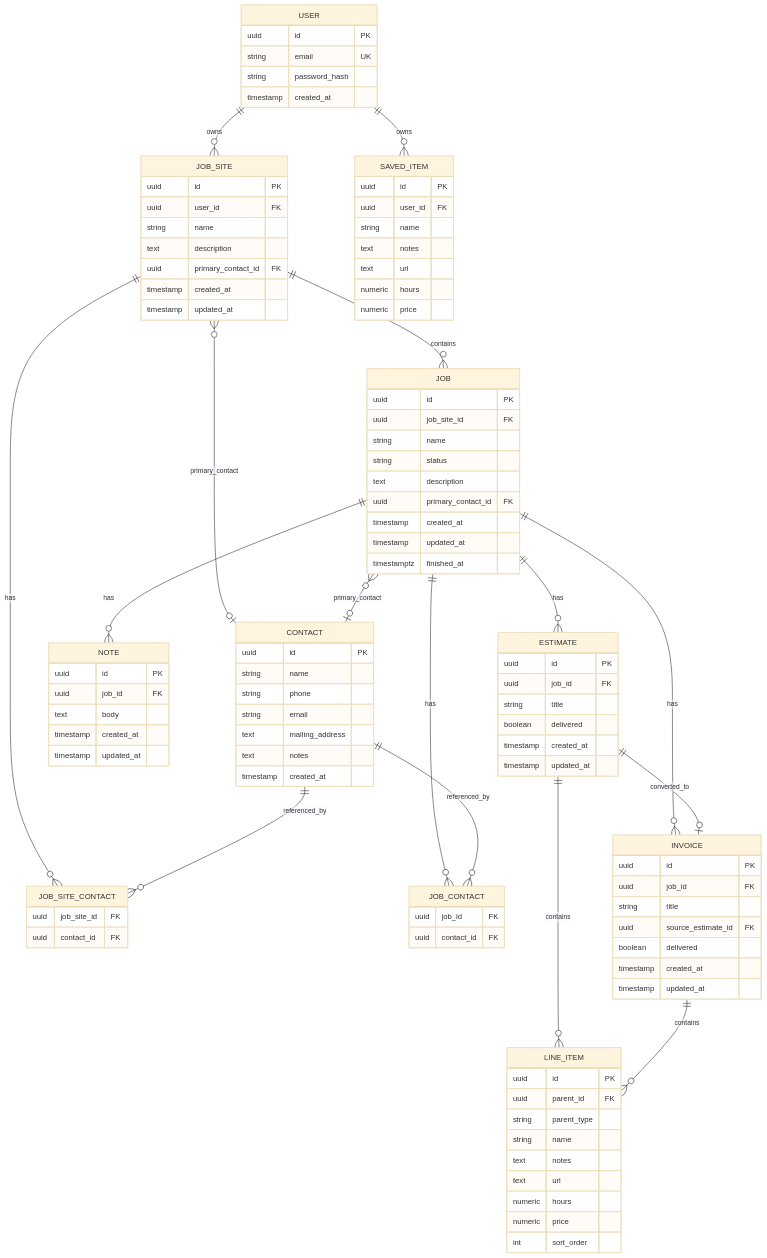
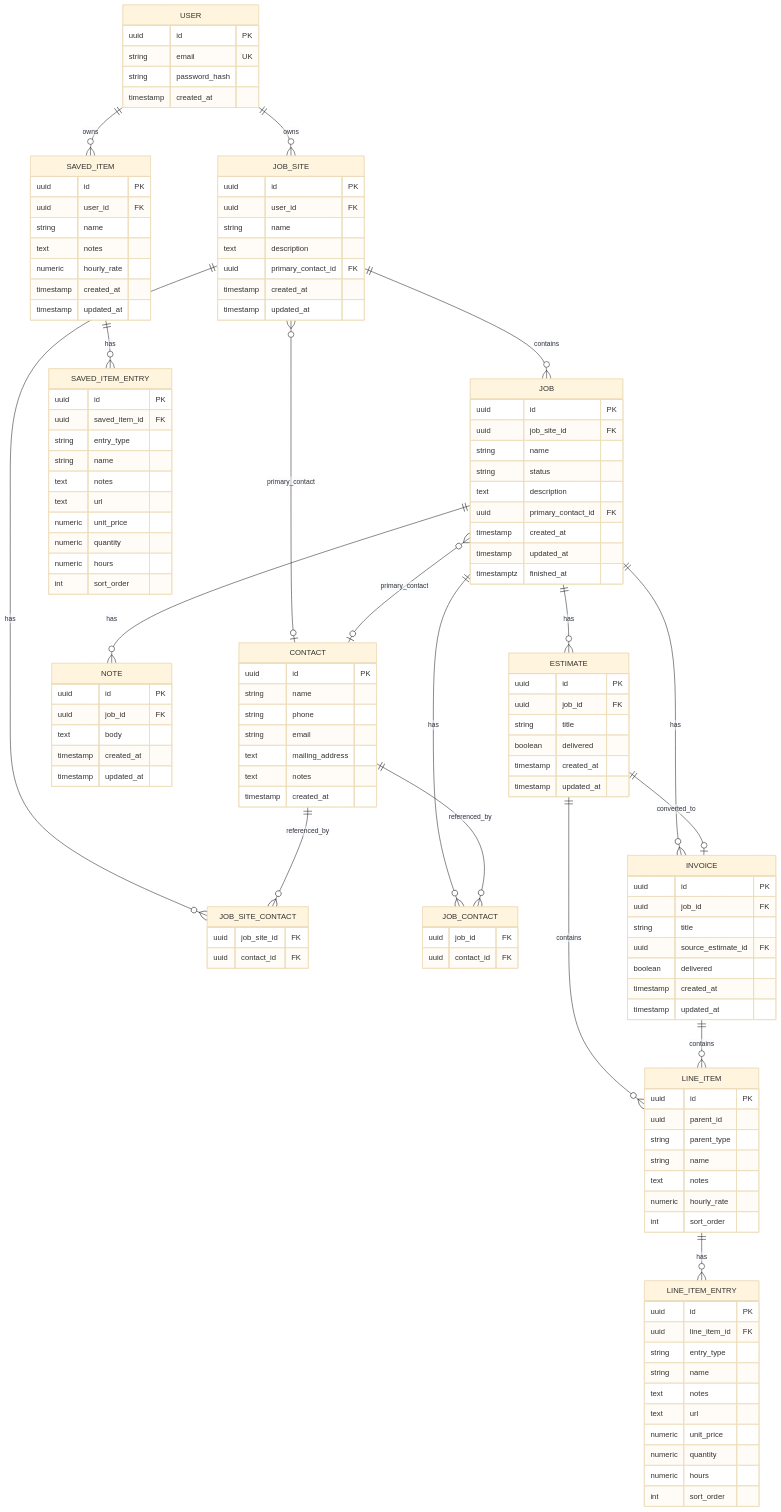
The second of 2 diagrams in .kiro/specs/contractor-management-app/design.md (cameron-legg/sitekeeper), drawn with Mermaid (base theme) before and after one commit. The commit also changed other lines of this file and 4 other files, not shown here.

````diff
--- a/.kiro/specs/contractor-management-app/design.md
+++ b/.kiro/specs/contractor-management-app/design.md
@@ -348,13 +371,23 @@
     }
     LINE_ITEM {
         uuid id PK
-        uuid parent_id FK
+        uuid parent_id
         string parent_type
         string name
         text notes
+        numeric hourly_rate
+        int sort_order
+    }
+    LINE_ITEM_ENTRY {
+        uuid id PK
+        uuid line_item_id FK
+        string entry_type
+        string name
+        text notes
         text url
+        numeric unit_price
+        numeric quantity
         numeric hours
-        numeric price
         int sort_order
     }
     SAVED_ITEM {
@@ -362,9 +395,21 @@
         uuid user_id FK
         string name
         text notes
+        numeric hourly_rate
+        timestamp created_at
+        timestamp updated_at
+    }
+    SAVED_ITEM_ENTRY {
+        uuid id PK
+        uuid saved_item_id FK
+        string entry_type
+        string name
+        text notes
         text url
+        numeric unit_price
+        numeric quantity
         numeric hours
-        numeric price
+        int sort_order
     }
 
     USER ||--o{ JOB_SITE : owns
@@ -382,4 +427,6 @@
     INVOICE ||--o{ LINE_ITEM : contains
     ESTIMATE ||--o| INVOICE : converted_to
     USER ||--o{ SAVED_ITEM : owns
+    LINE_ITEM ||--o{ LINE_ITEM_ENTRY : has
+    SAVED_ITEM ||--o{ SAVED_ITEM_ENTRY : has
 ```
````
